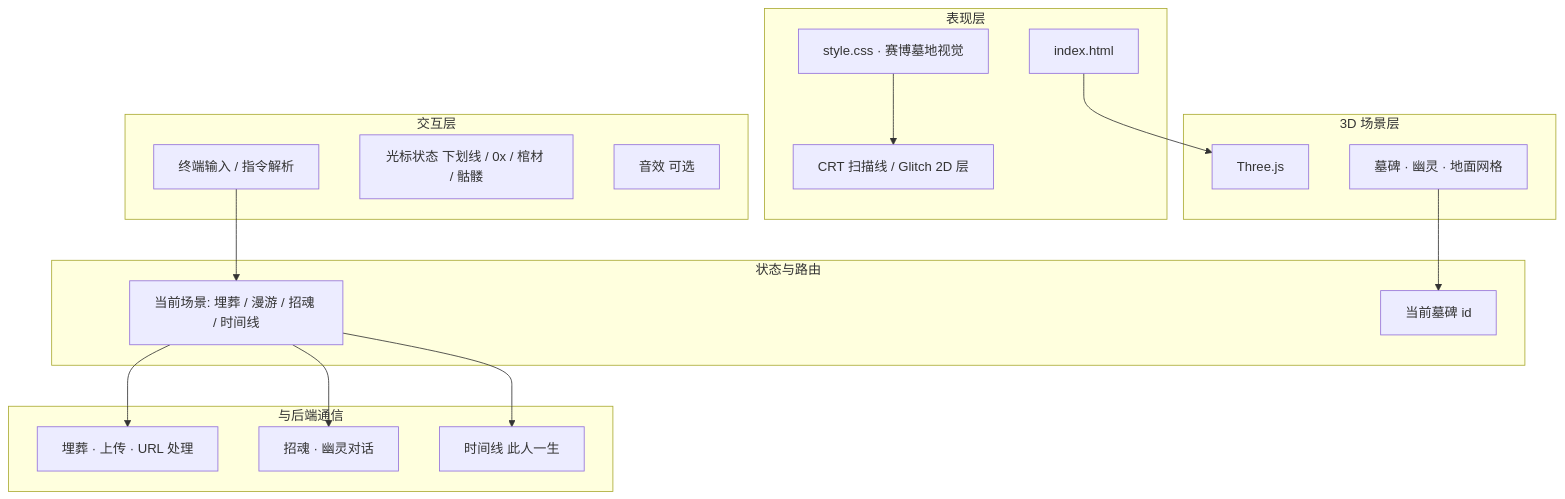
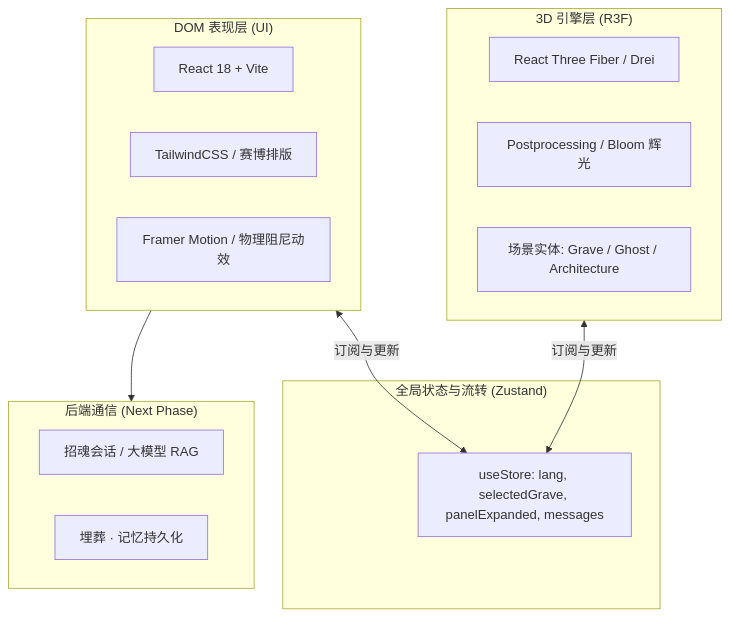
Before and after one commit to yangjingo/0xRIP: the sixth of 6 diagrams in docs/frontend/architecture.md, drawn with Mermaid. The commit also changed other lines of this file and 1 other file, not shown here.

Commit message:
docs: update architecture and project structure for v2

````diff
--- a/docs/frontend/architecture.md
+++ b/docs/frontend/architecture.md
@@ -179,38 +179,27 @@
 ```mermaid
 flowchart TB
-    subgraph Presentation["表现层"]
-        HTML[index.html]
-        CSS[style.css · 赛博墓地视觉]
-        CRT[CRT 扫描线 / Glitch 2D 层]
+    subgraph Presentation["DOM 表现层 (UI)"]
+        React[React 18 + Vite]
+        Tailwind[TailwindCSS / 赛博排版]
+        Framer[Framer Motion / 物理阻尼动效]
     end
 
-    subgraph Scene3D["3D 场景层"]
-        Three[Three.js]
-        Tomb[墓碑 · 幽灵 · 地面网格]
+    subgraph Scene3D["3D 引擎层 (R3F)"]
+        R3F[React Three Fiber / Drei]
+        Post[Postprocessing / Bloom 辉光]
+        Tomb[场景实体: Grave / Ghost / Architecture]
     end
 
-    subgraph Interaction["交互层"]
-        Terminal[终端输入 / 指令解析]
-        Cursor[光标状态 下划线 / 0x / 棺材 / 骷髅]
-        Voice[音效 可选]
+    subgraph State["全局状态与流转 (Zustand)"]
+        Store[useStore: lang, selectedGrave, panelExpanded, messages]
     end
 
-    subgraph State["状态与路由"]
-        Route[当前场景: 埋葬 / 漫游 / 招魂 / 时间线]
-        TombID[当前墓碑 id]
+    subgraph API["后端通信 (Next Phase)"]
+        LLM[招魂会话 / 大模型 RAG]
+        Backend[埋葬 · 记忆持久化]
     end
 
-    subgraph API["与后端通信"]
-        BuryAPI[埋葬 · 上传 · URL 处理]
-        SummonAPI[招魂 · 幽灵对话]
-        TimelineAPI[时间线 此人一生]
-    end
-
-    HTML --> Three
-    CSS --> CRT
-    Terminal --> Route
-    Route --> BuryAPI
-    Route --> SummonAPI
-    Route --> TimelineAPI
-    Tomb --> TombID
+    Presentation <-->|订阅与更新| Store
+    Scene3D <-->|订阅与更新| Store
+    Presentation --> API
 ```
````
